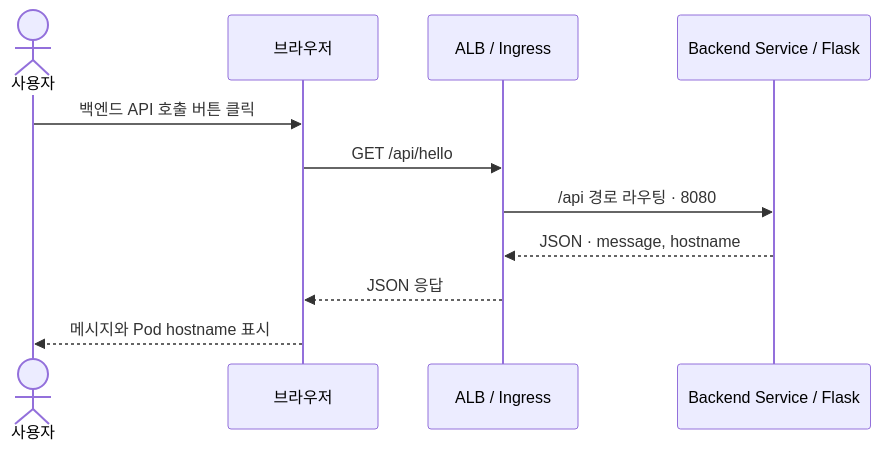
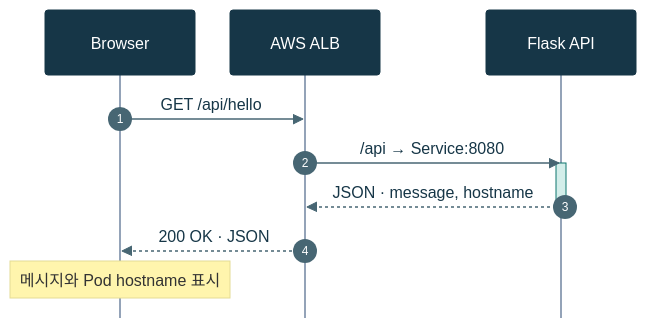
One commit to yubin05/eks-infra changed the third of 3 diagrams in README.md. Above: the diagram before and after it, drawn with Mermaid. The commit also changed other lines of this file, not shown here.

Commit message:
docs: refine Mermaid layout and use consistent navy and teal styling

````diff
--- a/README.md
+++ b/README.md
@@ -54,13 +66,15 @@
 ```mermaid
+%%{init: {"theme":"base","themeVariables":{"fontFamily":"Arial, sans-serif","fontSize":"14px","primaryColor":"#eef6f7","primaryTextColor":"#163647","primaryBorderColor":"#659a9f","lineColor":"#64808b","secondaryColor":"#f1f5f9","tertiaryColor":"#f8fafc","clusterBkg":"#f8fafc","clusterBorder":"#cbd5e1","edgeLabelBackground":"#ffffff","actorBkg":"#163647","actorBorder":"#163647","actorTextColor":"#ffffff","actorLineColor":"#94a3b8","signalColor":"#476673","signalTextColor":"#163647","labelBoxBkgColor":"#eef6f7","labelBoxBorderColor":"#659a9f","labelTextColor":"#163647","activationBkgColor":"#d3eeea","activationBorderColor":"#0f766e","sequenceNumberColor":"#ffffff"},"flowchart":{"curve":"linear","nodeSpacing":30,"rankSpacing":40},"sequence":{"mirrorActors":false,"actorMargin":35,"messageMargin":30}}}%%
 sequenceDiagram
-    actor User as 사용자
-    participant Web as 브라우저
-    participant ALB as ALB / Ingress
-    participant API as Backend Service / Flask
-    User->>Web: 백엔드 API 호출 버튼 클릭
+    autonumber
+    participant Web as Browser
+    participant ALB as AWS ALB
+    participant API as Flask API
     Web->>ALB: GET /api/hello
-    ALB->>API: /api 경로 라우팅 · 8080
+    ALB->>API: /api → Service:8080
+    activate API
     API-->>ALB: JSON · message, hostname
-    ALB-->>Web: JSON 응답
-    Web-->>User: 메시지와 Pod hostname 표시
+    deactivate API
+    ALB-->>Web: 200 OK · JSON
+    Note over Web: 메시지와 Pod hostname 표시
 ```
````
